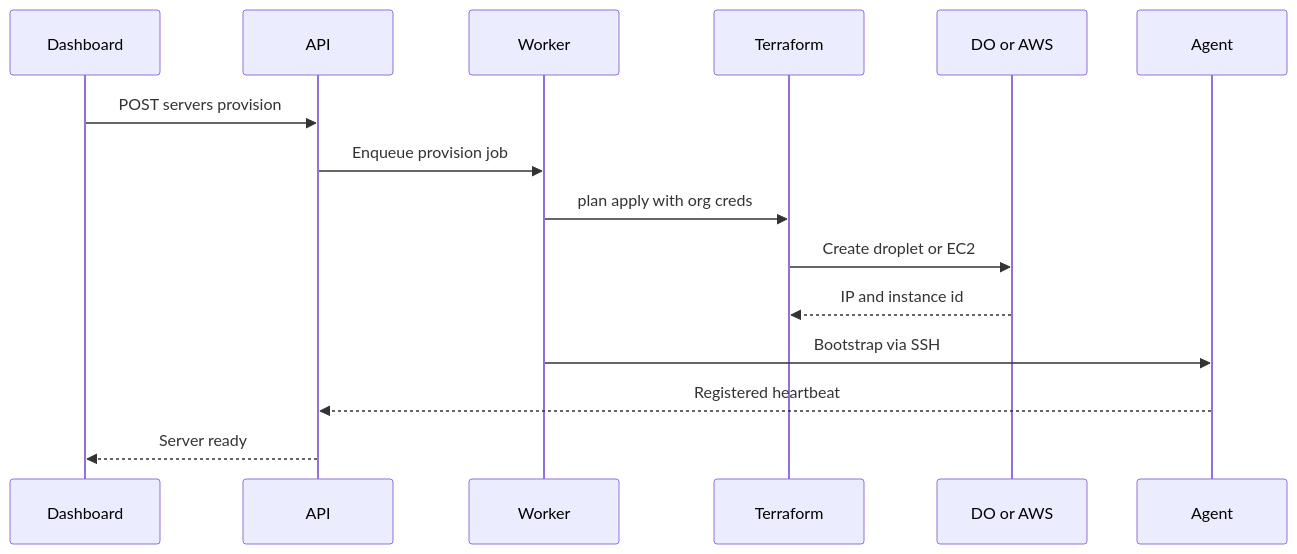
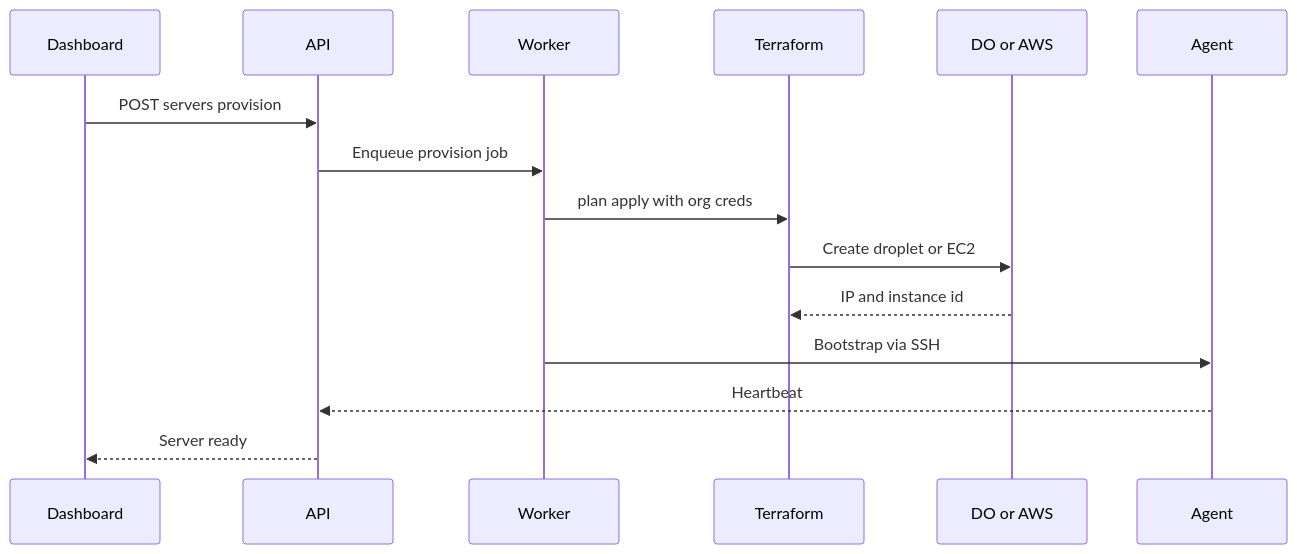
One commit to xentixar/server-management changed the third of 3 diagrams in docs/ARCHITECTURE.md. Above: the diagram before and after it, drawn with Mermaid. The commit also changed other lines of this file and 50 other files, not shown here.

First line of the commit message:
Enhance README and add API documentation; introduce agent and server management features

````diff
--- a/docs/ARCHITECTURE.md
+++ b/docs/ARCHITECTURE.md
@@ -107,18 +125,18 @@
 ```mermaid
 sequenceDiagram
   participant UI as Dashboard
   participant API as API
   participant W as Worker
   participant TF as Terraform
   participant Cloud as DO or AWS
   participant Agent as Agent
 
   UI->>API: POST servers provision
   API->>W: Enqueue provision job
   W->>TF: plan apply with org creds
   TF->>Cloud: Create droplet or EC2
   Cloud-->>TF: IP and instance id
   W->>Agent: Bootstrap via SSH
-  Agent-->>API: Registered heartbeat
+  Agent-->>API: Heartbeat
   API-->>UI: Server ready
 ```
````
